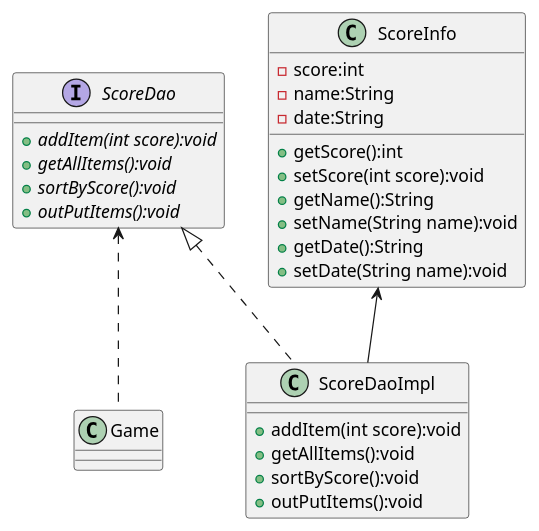
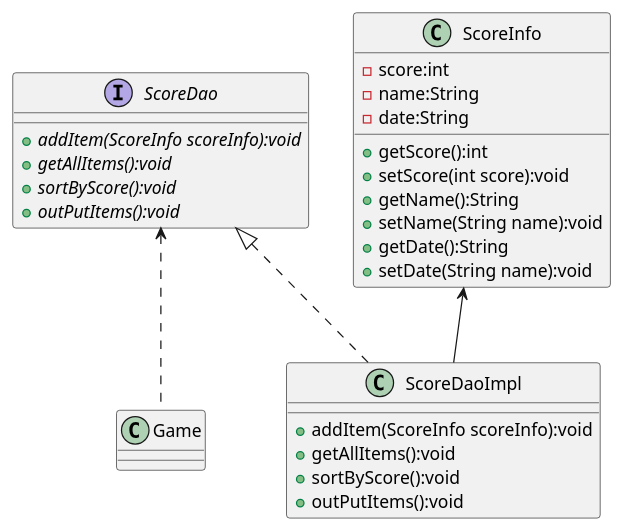
Before and after one commit to HaHaRen6/AircraftWar-base: the diagram in uml/DataAccessObjectPattern.puml, drawn with PlantUML. The commit also changed 11 other files, not shown here.

```diff
--- a/uml/DataAccessObjectPattern.puml
+++ b/uml/DataAccessObjectPattern.puml
@@ -1,37 +1,37 @@
 @startuml DataAccessObjectPattern
 'https://plantuml.com/sequence-diagram
 
 interface ScoreDao{
-    + {abstract} addItem(int score):void
+    + {abstract} addItem(ScoreInfo scoreInfo):void
     + {abstract} getAllItems():void
     + {abstract} sortByScore():void
     + {abstract} outPutItems():void
 }
 ScoreDao <.. Game
 
 class ScoreDaoImpl{
-    + addItem(int score):void
+    + addItem(ScoreInfo scoreInfo):void
     + getAllItems():void
     + sortByScore():void
     + outPutItems():void
 }
 ScoreDao <|..ScoreDaoImpl
 
 class ScoreInfo{
     - score:int
     - name:String
     - date:String
 
     + getScore():int
     + setScore(int score):void
     + getName():String
     + setName(String name):void
     + getDate():String
     + setDate(String name):void
 }
 ScoreInfo <-- ScoreDaoImpl
 
 class Game{
 }
 
 @enduml
```
